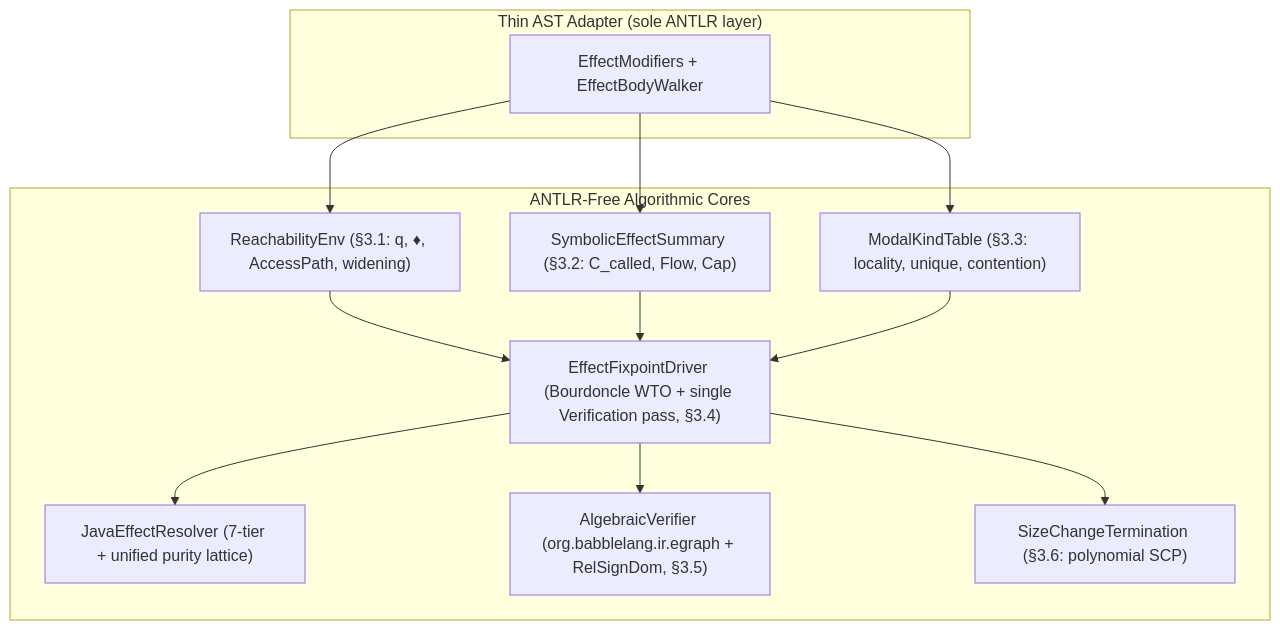
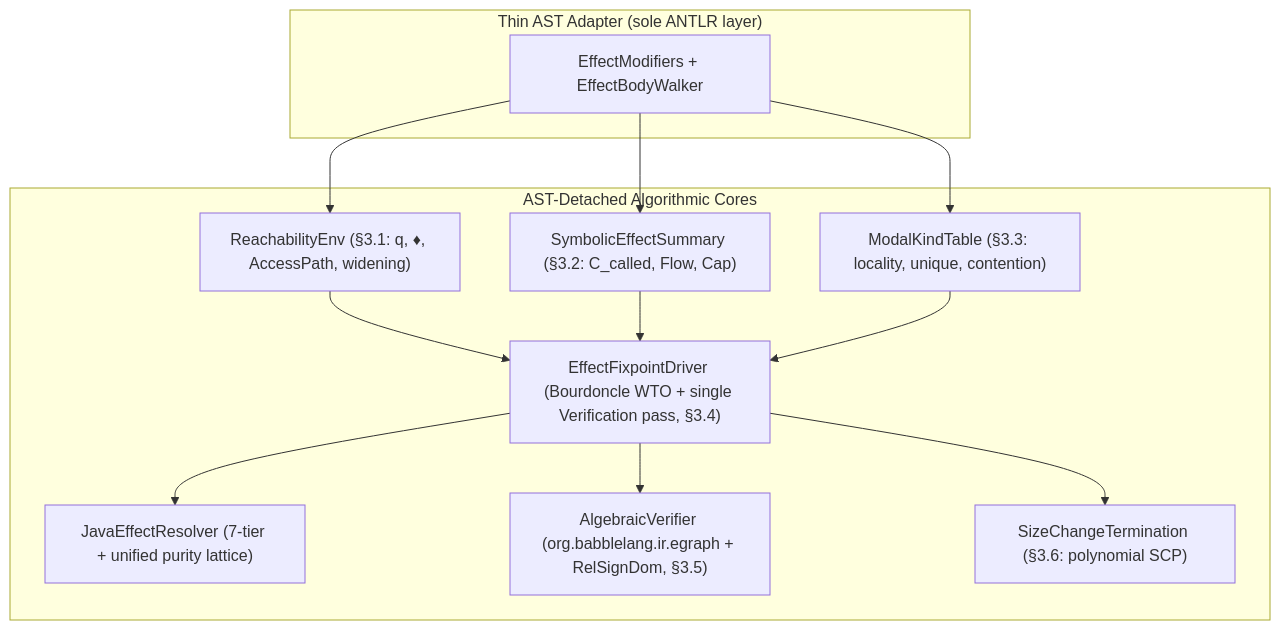
Before and after one commit to nlehuen/babble: the diagram in docs/design/bip027_tackling-complexity-in-the-compiler.md, drawn with Mermaid. The commit also changed other lines of this file and 11 other files, not shown here.

Commit message:
BIP034 : replace ANTLR-free phrasing with strict AST/HIR/MIR/backend layer separation in docs

````diff
--- a/docs/design/bip027_tackling-complexity-in-the-compiler.md
+++ b/docs/design/bip027_tackling-complexity-in-the-compiler.md
@@ -244,26 +244,26 @@
 ```mermaid
 flowchart TD
     subgraph Adapter["Thin AST Adapter (sole ANTLR layer)"]
         AST["EffectModifiers + EffectBodyWalker"]
     end
 
-    subgraph Core["ANTLR-Free Algorithmic Cores"]
+    subgraph Core["AST-Detached Algorithmic Cores"]
         RE["ReachabilityEnv (§3.1: q, ♦, AccessPath, widening)"]
         SES["SymbolicEffectSummary (§3.2: C_called, Flow, Cap)"]
         MK["ModalKindTable (§3.3: locality, unique, contention)"]
         DRV["EffectFixpointDriver (Bourdoncle WTO + single Verification pass, §3.4)"]
         JER["JavaEffectResolver (7-tier + unified purity lattice)"]
         ALG["AlgebraicVerifier (org.babblelang.ir.egraph + RelSignDom, §3.5)"]
         SCP["SizeChangeTermination (§3.6: polynomial SCP)"]
     end
 
     AST --> RE
     AST --> SES
     AST --> MK
     RE --> DRV
     SES --> DRV
     MK --> DRV
     DRV --> JER
     DRV --> ALG
     DRV --> SCP
 ```
````
